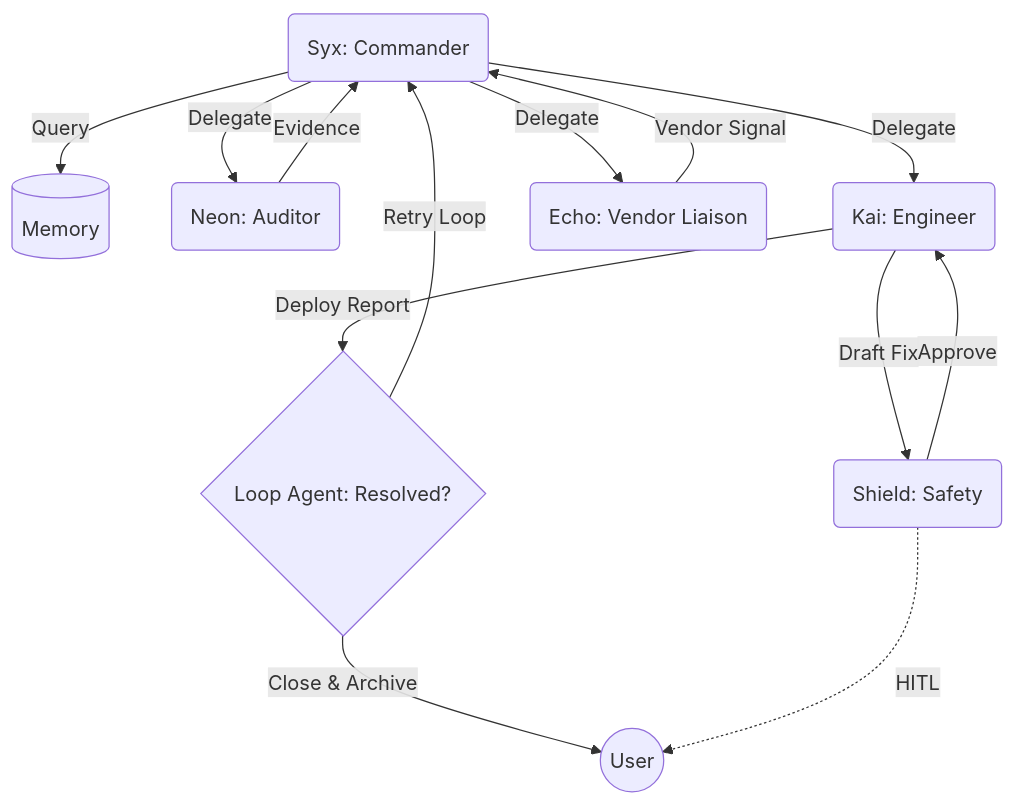
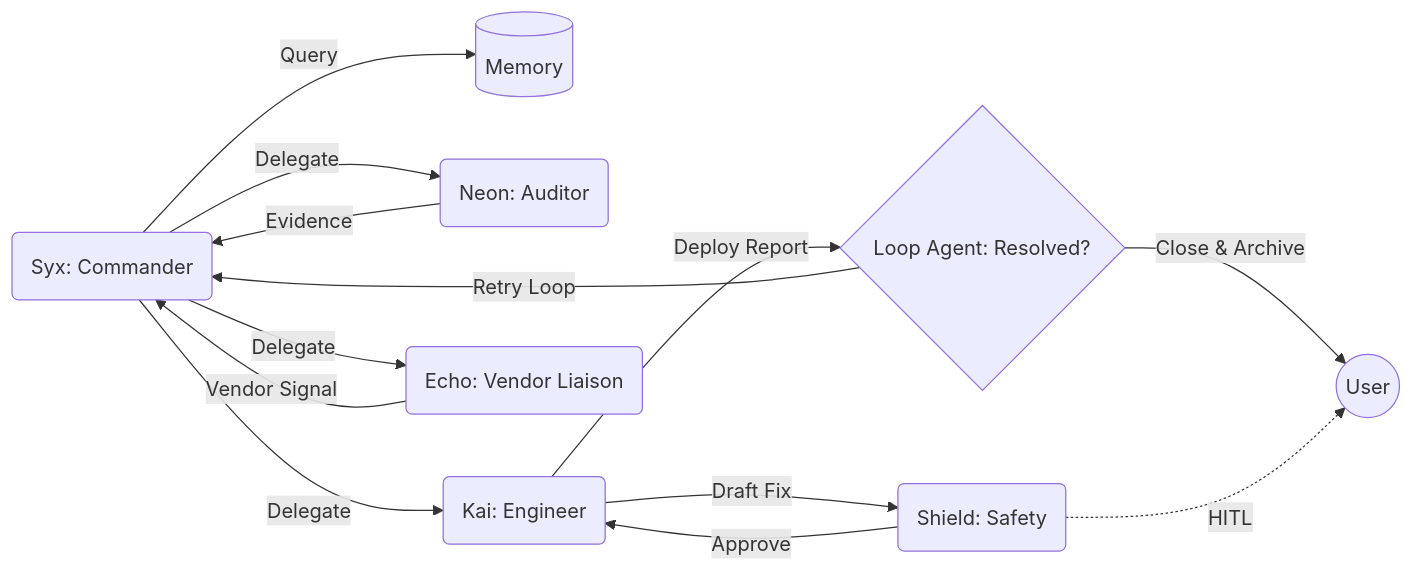
The second of 3 diagrams in README.md (syedhope/dart), drawn with Mermaid before and after one commit. The commit also changed other lines of this file, not shown here.

````diff
--- a/README.md
+++ b/README.md
@@ -260,18 +261,18 @@
 ```mermaid
 ---
 config:
 layout: dagre
 theme: neo
 ---
-flowchart TB
+flowchart LR
     Syx("Syx: Commander") -- Query --> Memory[("Memory")]
     Syx -- Delegate --> Neon("Neon: Auditor") & Kai("Kai: Engineer") & Echo("Echo: Vendor Liaison")
     Neon -- Evidence --> Syx
     Echo -- Vendor Signal --> Syx
     Kai -- Draft Fix --> Shield("Shield: Safety")
     Shield -- Approve --> Kai
     Kai -- Deploy Report --> LoopAgent{"Loop Agent: Resolved?"}
     LoopAgent -- Retry Loop --> Syx
     LoopAgent -- Close & Archive --> User(("User"))
     Shield -. HITL .-> User
 ```
````
